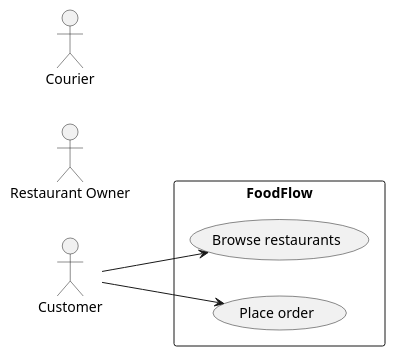
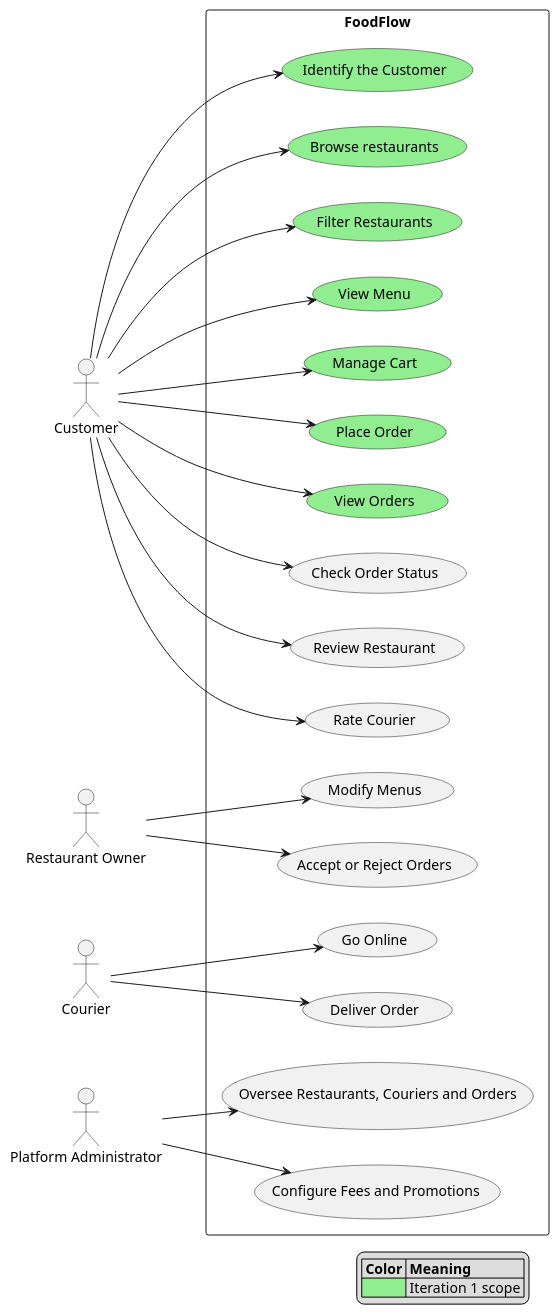
One commit to oop-group4-marmara/CSE3063F26-foodflow-team4 changed the diagram in docs/diagrams/use-cases.puml. Above: the diagram before and after it, drawn with PlantUML. The commit also changed 1 other file, not shown here.

Commit message:
docs: Complete the use-case diagram and use cases
The diagram now shows all four actors and sixteen use cases.
The seven use cases of Iteration 1 are marked in green.
Eight use cases are written in brief format.
UC5 Manage Cart and UC6 Place Order are fully dressed.
Their extensions cover the business rules that can fail.

```diff
--- a/docs/diagrams/use-cases.puml
+++ b/docs/diagrams/use-cases.puml
@@ -1,13 +1,52 @@
 @startuml
 left to right direction
+
 actor Customer
 actor "Restaurant Owner" as Owner
 actor Courier
+actor "Platform Administrator" as Admin
+
 rectangle FoodFlow {
-  usecase "Browse restaurants" as UC1
-  usecase "Place order" as UC2
-  ' TODO: complete for the whole product; mark Iteration 1 use cases
+    usecase "Identify the Customer" as UC1 #LightGreen
+    usecase "Browse restaurants" as UC2 #LightGreen
+    usecase "Filter Restaurants" as UC3 #LightGreen
+    usecase "View Menu" as UC4 #LightGreen
+    usecase "Manage Cart" as UC5 #LightGreen
+    usecase "Place Order" as UC6 #LightGreen
+    usecase "View Orders" as UC7 #LightGreen
+    usecase "Check Order Status" as UC8
+    usecase "Review Restaurant" as UC9
+    usecase "Rate Courier" as UC10
+    usecase "Modify Menus" as UC11
+    usecase "Accept or Reject Orders" as UC12
+    usecase "Go Online" as UC13
+    usecase "Deliver Order" as UC14
+    usecase "Oversee Restaurants, Couriers and Orders" as UC15
+    usecase "Configure Fees and Promotions" as UC16
 }
 Customer --> UC1
 Customer --> UC2
+Customer --> UC3
+Customer --> UC4
+Customer --> UC5
+Customer --> UC6
+Customer --> UC7
+Customer --> UC8
+Customer --> UC9
+Customer --> UC10
+
+Owner --> UC11
+Owner --> UC12
+
+Courier --> UC13
+Courier --> UC14
+
+Admin --> UC15
+Admin --> UC16
+
+legend right
+    |= Color |= Meaning |
+    |<#LightGreen> | Iteration 1 scope |
+endlegend
+
 @enduml
```
